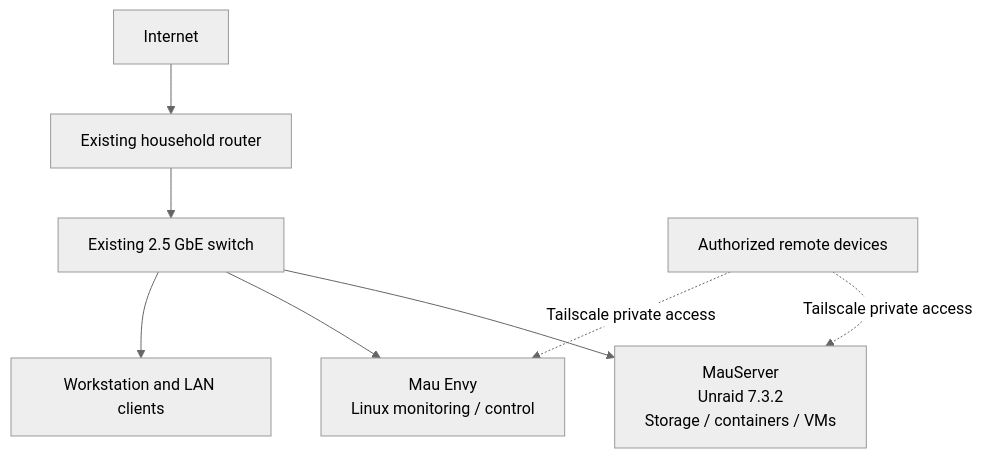
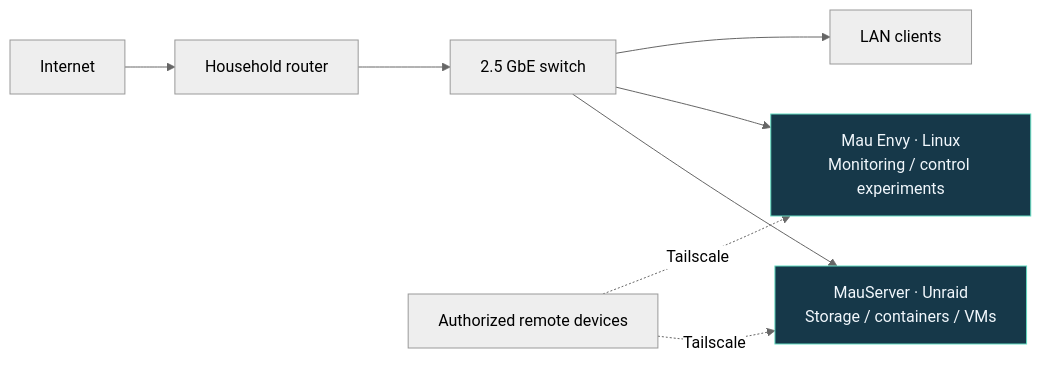
One commit to Maulenos/MauLab changed the diagram in README.md. Above: the diagram before and after it, drawn with Mermaid (neutral theme). The commit also changed other lines of this file and 7 other files, not shown here.

````diff
--- a/README.md
+++ b/README.md
@@ -32,10 +46,12 @@
 ```mermaid
-flowchart TB
-    Internet["Internet"] --> Router["Existing household router"]
-    Router --> Switch["Existing 2.5 GbE switch"]
-    Switch --> Server["MauServer<br/>Unraid 7.3.2<br/>Storage / containers / VMs"]
-    Switch --> Envy["Mau Envy<br/>Linux monitoring / control"]
-    Switch --> Clients["Workstation and LAN clients"]
-    Remote["Authorized remote devices"] -. "Tailscale private access" .-> Server
-    Remote -. "Tailscale private access" .-> Envy
+flowchart LR
+    WAN["Internet"] --> Router["Household router"]
+    Router --> Switch["2.5 GbE switch"]
+    Switch --> Server["MauServer · Unraid<br/>Storage / containers / VMs"]
+    Switch --> Envy["Mau Envy · Linux<br/>Monitoring / control experiments"]
+    Switch --> Clients["LAN clients"]
+    Remote["Authorized remote devices"] -. "Tailscale" .-> Server
+    Remote -. "Tailscale" .-> Envy
+    classDef host fill:#163849,stroke:#63dbc1,color:#f1f7fc
+    class Server,Envy host
 ```
````
